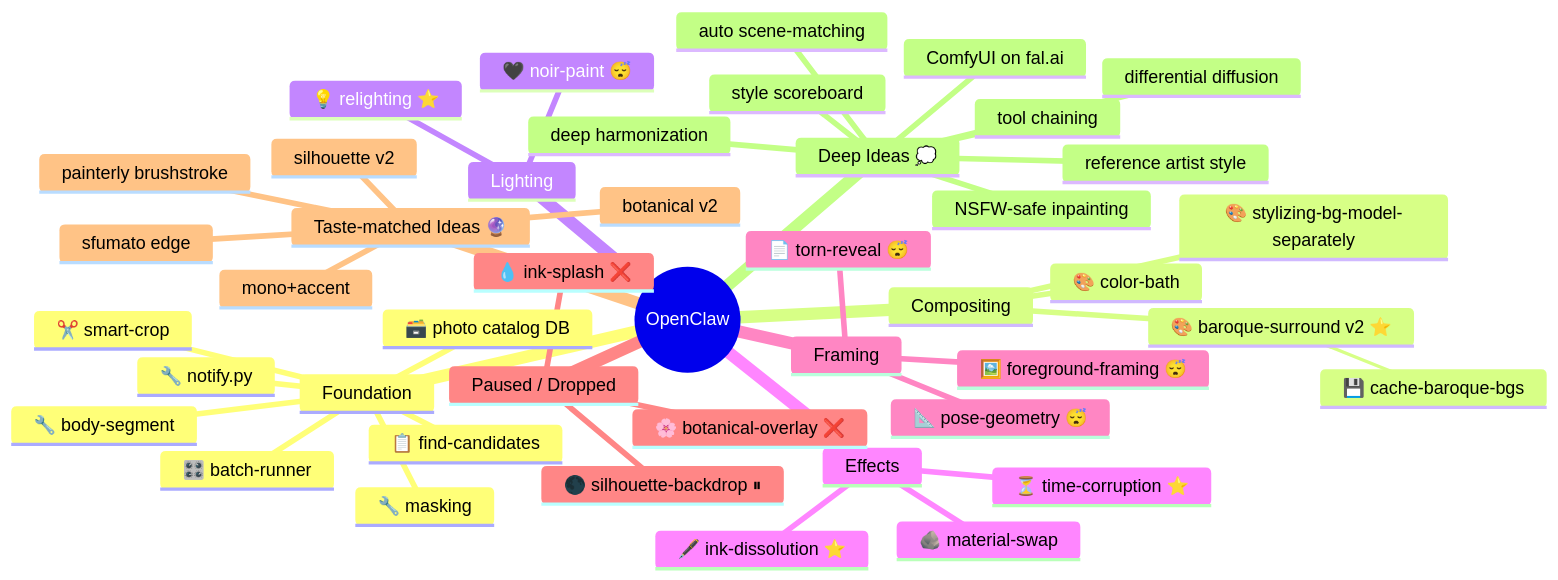
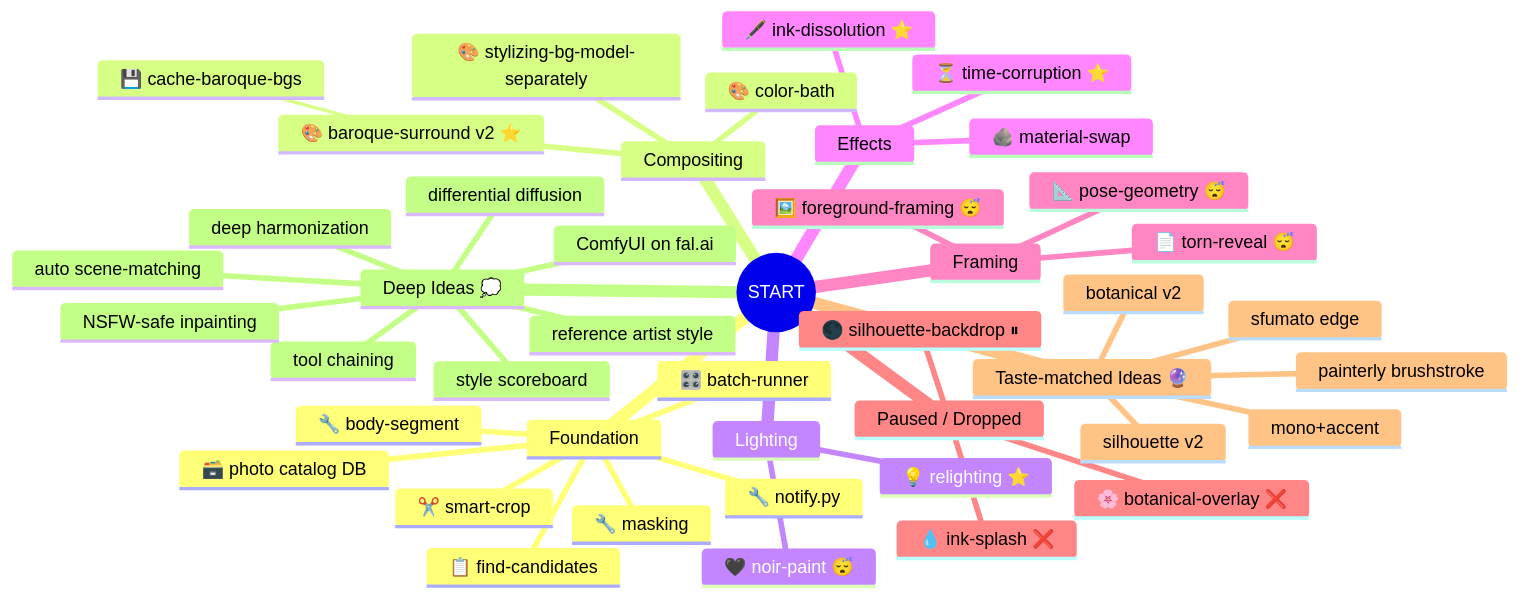
Before and after one commit to mecon2000/manipulating-photos: the diagram in tools_tree_mindmap.md, drawn with Mermaid.

Commit message:
mindmap: rename root to START

````diff
--- a/tools_tree_mindmap.md
+++ b/tools_tree_mindmap.md
@@ -3,47 +3,47 @@
 ```mermaid
 mindmap
-  root((OpenClaw))
+  root((START))
     Foundation
       🔧 masking
       🔧 body-segment
       🔧 notify.py
       🗃️ photo catalog DB
       📋 find-candidates
       ✂️ smart-crop
       🎛️ batch-runner
     Compositing
       🎨 stylizing-bg-model-separately
       🎨 baroque-surround v2 ⭐
         💾 cache-baroque-bgs
       🎨 color-bath
     Lighting
       💡 relighting ⭐
       🖤 noir-paint 😴
     Effects
       ⏳ time-corruption ⭐
       🖋️ ink-dissolution ⭐
       🪨 material-swap
     Framing
       🖼️ foreground-framing 😴
       📄 torn-reveal 😴
       📐 pose-geometry 😴
     Paused / Dropped
       🌑 silhouette-backdrop ⏸
       🌸 botanical-overlay ❌
       💧 ink-splash ❌
     Taste-matched Ideas 🔮
       botanical v2
       sfumato edge
       silhouette v2
       painterly brushstroke
       mono+accent
     Deep Ideas 💭
       deep harmonization
       differential diffusion
       ComfyUI on fal.ai
       auto scene-matching
       tool chaining
       style scoreboard
       NSFW-safe inpainting
       reference artist style
 ```
````
